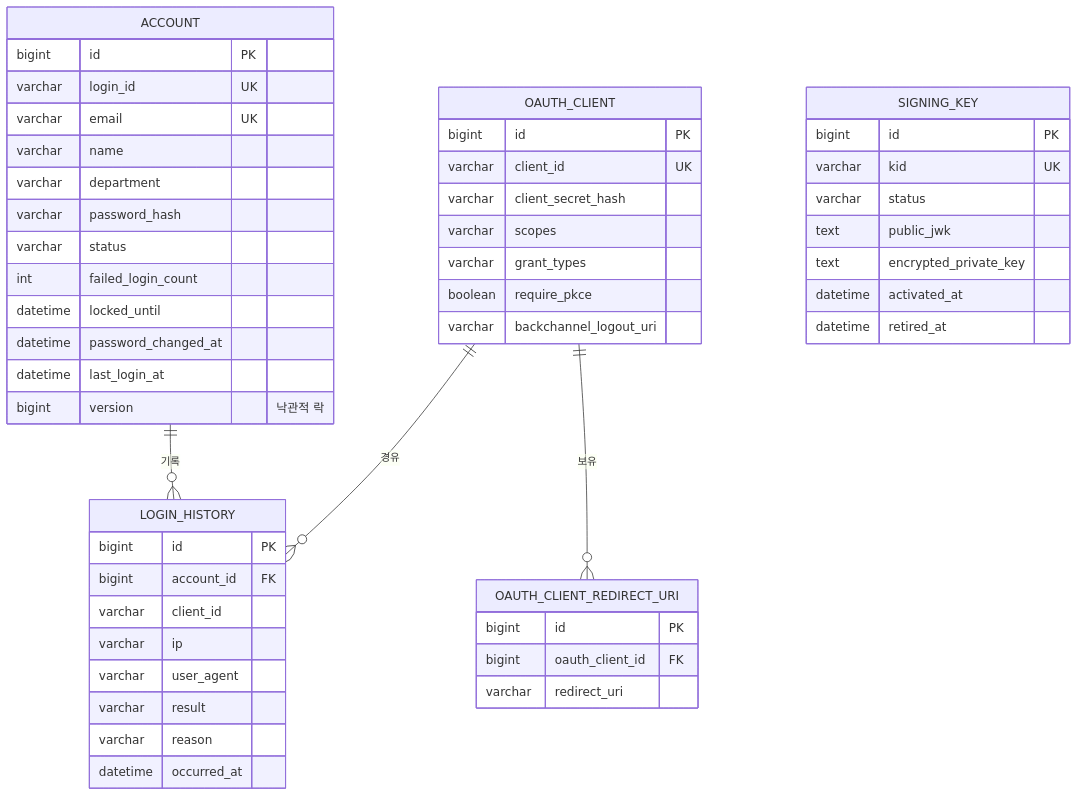
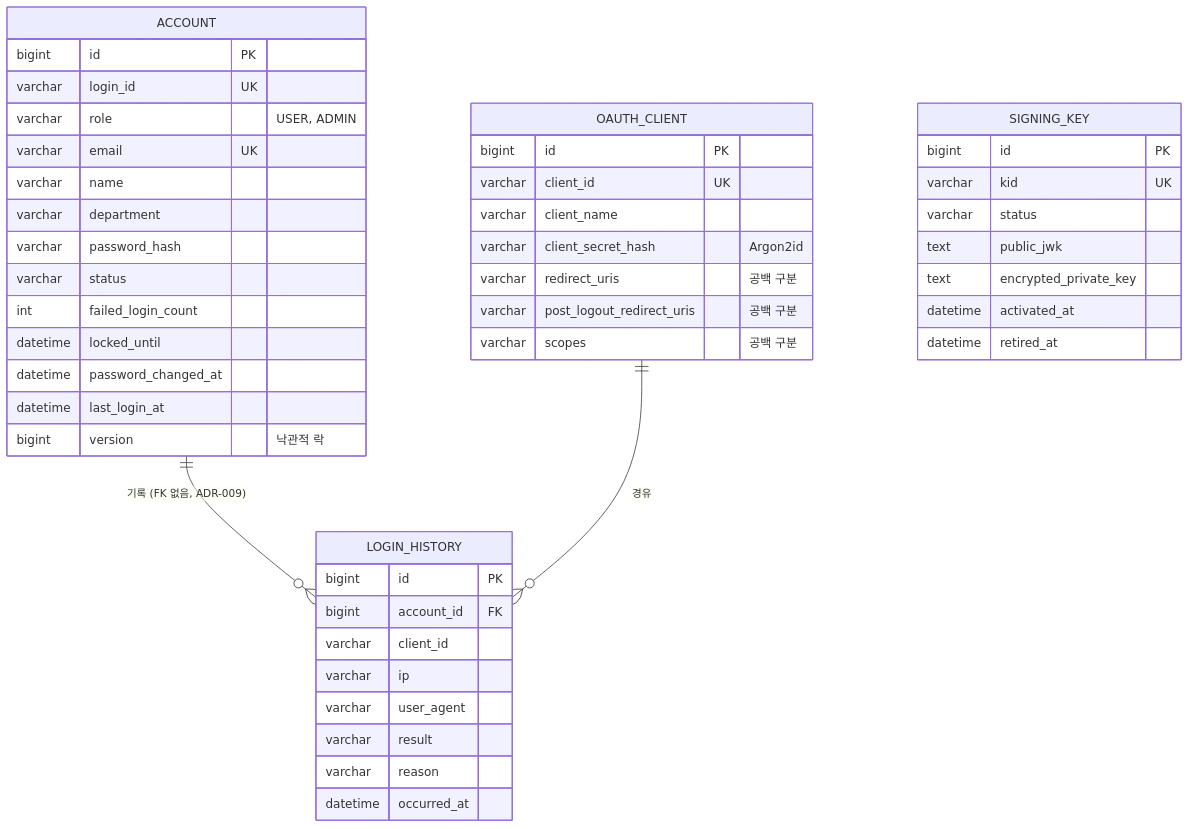
One commit to kang30984/mini-sso changed the third of 6 diagrams in docs/DESIGN.md. Above: the diagram before and after it, drawn with Mermaid. The commit also changed other lines of this file and 65 other files, not shown here.

````diff
--- a/docs/DESIGN.md
+++ b/docs/DESIGN.md
@@ -195,54 +198,49 @@
 ```mermaid
 erDiagram
-    ACCOUNT ||--o{ LOGIN_HISTORY : "기록"
-    OAUTH_CLIENT ||--o{ OAUTH_CLIENT_REDIRECT_URI : "보유"
+    ACCOUNT ||--o{ LOGIN_HISTORY : "기록 (FK 없음, ADR-009)"
     OAUTH_CLIENT ||--o{ LOGIN_HISTORY : "경유"
 
     ACCOUNT {
         bigint id PK
         varchar login_id UK
+        varchar role "USER, ADMIN"
         varchar email UK
         varchar name
         varchar department
         varchar password_hash
         varchar status
         int failed_login_count
         datetime locked_until
         datetime password_changed_at
         datetime last_login_at
         bigint version "낙관적 락"
     }
     LOGIN_HISTORY {
         bigint id PK
         bigint account_id FK
         varchar client_id
         varchar ip
         varchar user_agent
         varchar result
         varchar reason
         datetime occurred_at
     }
     OAUTH_CLIENT {
         bigint id PK
         varchar client_id UK
-        varchar client_secret_hash
-        varchar scopes
-        varchar grant_types
-        boolean require_pkce
-        varchar backchannel_logout_uri
-    }
-    OAUTH_CLIENT_REDIRECT_URI {
-        bigint id PK
-        bigint oauth_client_id FK
-        varchar redirect_uri
+        varchar client_name
+        varchar client_secret_hash "Argon2id"
+        varchar redirect_uris "공백 구분"
+        varchar post_logout_redirect_uris "공백 구분"
+        varchar scopes "공백 구분"
     }
     SIGNING_KEY {
         bigint id PK
         varchar kid UK
         varchar status
         text public_jwk
         text encrypted_private_key
         datetime activated_at
         datetime retired_at
     }
 ```
````
